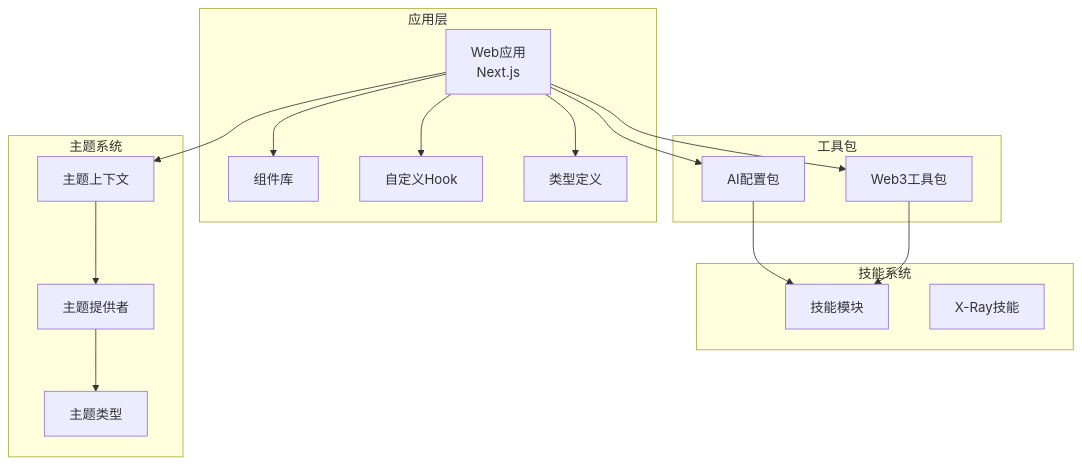
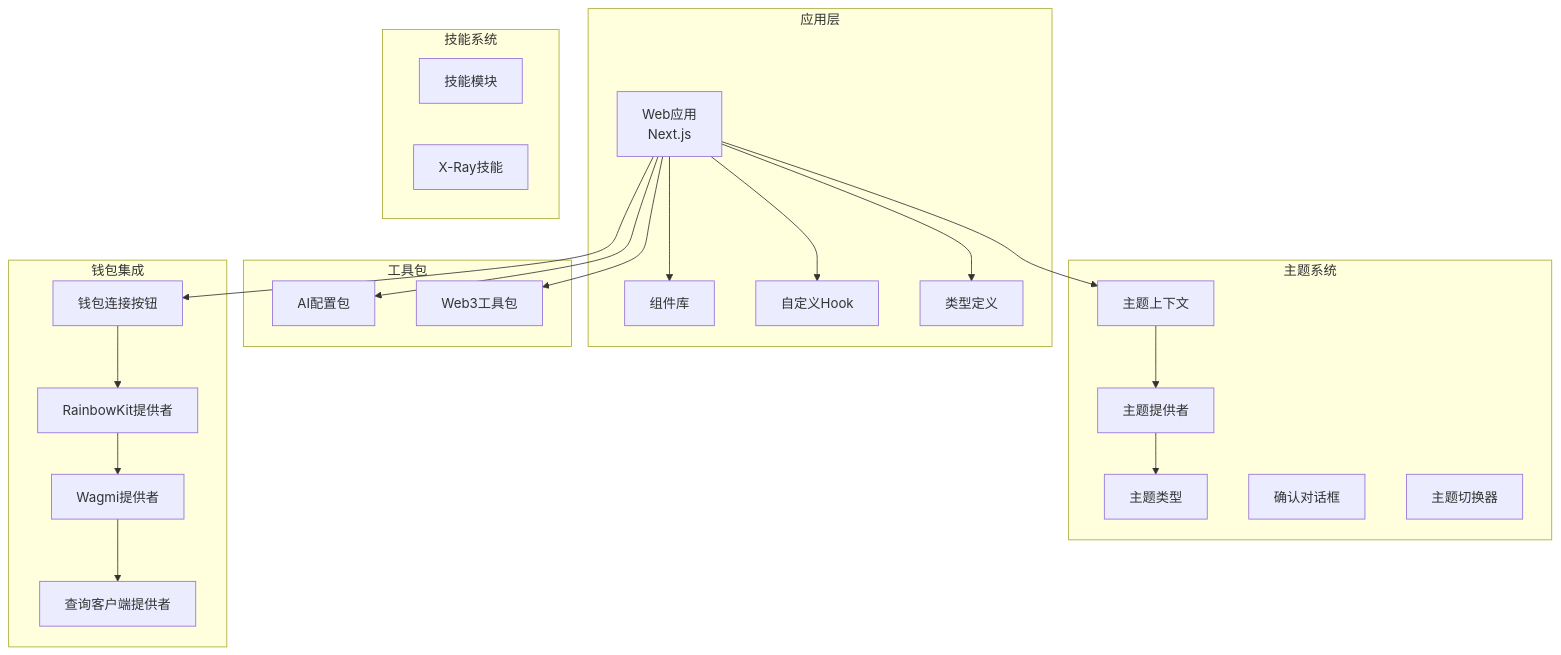
Before and after one commit to CryptoLinxu/Web3-AI-Agent: the first of 15 diagrams in .qoder/repowiki/zh/content/项目概述/整体架构概览/Web应用程序/Web3企业风格界面.md, drawn with Mermaid. The commit also changed other lines of this file and 7 other files, not shown here.

First line of the commit message:
feat(web3-tools): 新增 getTokenBalance 工具查询 ERC20 Token 余额

````diff
--- a/.qoder/repowiki/zh/content/项目概述/整体架构概览/Web应用程序/Web3企业风格界面.md
+++ b/.qoder/repowiki/zh/content/项目概述/整体架构概览/Web应用程序/Web3企业风格界面.md
@@ -63,32 +69,42 @@
 ```mermaid
 graph TB
 subgraph "应用层"
 WebApp[Web应用<br/>Next.js]
 Components[组件库]
 Hooks[自定义Hook]
 Types[类型定义]
 end
 subgraph "工具包"
 AIConfig[AI配置包]
 Web3Tools[Web3工具包]
 end
 subgraph "技能系统"
 Skills[技能模块]
 XRay[X-Ray技能]
 end
 subgraph "主题系统"
 ThemeContext[主题上下文]
 ThemeProvider[主题提供者]
 ThemeTypes[主题类型]
+ConfirmDialog[确认对话框]
+ThemeSwitcher[主题切换器]
+end
+subgraph "钱包集成"
+WalletConnectButton[钱包连接按钮]
+RainbowKitProvider[RainbowKit提供者]
+WagmiProvider[Wagmi提供者]
+QueryClientProvider[查询客户端提供者]
 end
 WebApp --> Components
 WebApp --> Hooks
 WebApp --> Types
 WebApp --> AIConfig
 WebApp --> Web3Tools
 WebApp --> ThemeContext
+WebApp --> WalletConnectButton
 ThemeContext --> ThemeProvider
 ThemeProvider --> ThemeTypes
-AIConfig --> Skills
-Web3Tools --> Skills
+WalletConnectButton --> RainbowKitProvider
+RainbowKitProvider --> WagmiProvider
+WagmiProvider --> QueryClientProvider
 ```
````
